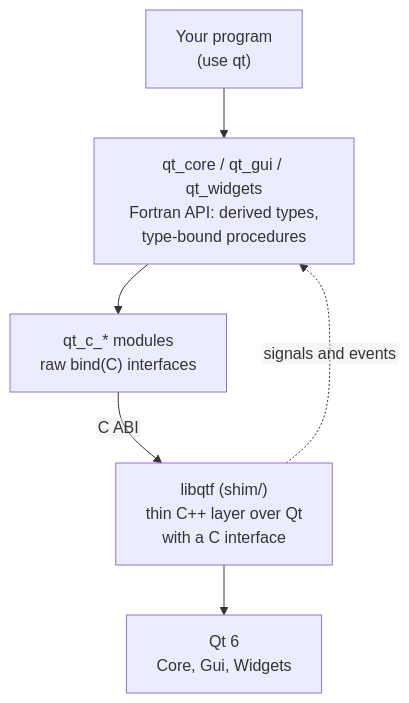
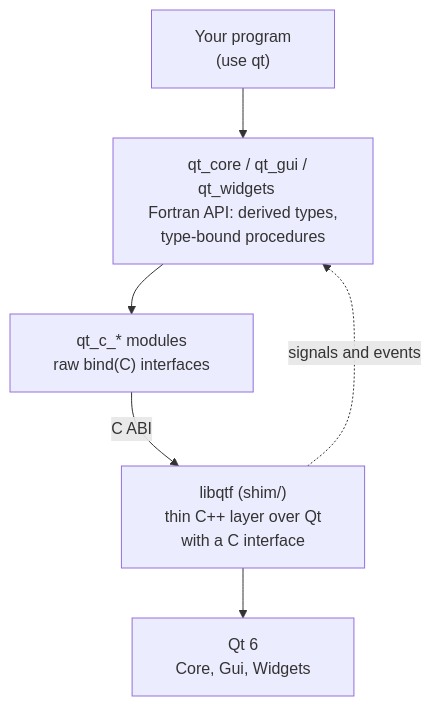
Before and after one commit to jacobwilliams/qt-fortran: the diagram in README.md, drawn with Mermaid.

Commit message:
how about this?

````diff
--- a/README.md
+++ b/README.md
@@ -200,14 +200,14 @@
 ```mermaid
-%%{init: {"flowchart": {"htmlLabels": false}}}%%
+%%{init: {"themeVariables": {"fontFamily": "Arial, Helvetica, sans-serif"}}}%%
 flowchart TD
-    app["Your program<br/>(use qt)"]
-    api["qt_core / qt_gui / qt_widgets<br/>Fortran API: derived types,<br/>type-bound procedures"]
-    raw["qt_c_* modules<br/>raw bind(C) interfaces"]
-    shim["libqtf (shim/)<br/>thin C++ layer over Qt<br/>with a C interface"]
-    qt["Qt 6<br/>Core, Gui, Widgets"]
+    app["&nbsp;&nbsp;&nbsp;Your program&nbsp;&nbsp;&nbsp;<br/>(use qt)"]
+    api["&nbsp;&nbsp;&nbsp;qt_core / qt_gui / qt_widgets&nbsp;&nbsp;&nbsp;<br/>Fortran API: derived types,<br/>type-bound procedures"]
+    raw["qt_c_* modules<br/>&nbsp;&nbsp;&nbsp;raw bind(C) interfaces&nbsp;&nbsp;&nbsp;"]
+    shim["libqtf (shim/)<br/>&nbsp;&nbsp;&nbsp;thin C++ layer over Qt&nbsp;&nbsp;&nbsp;<br/>with a C interface"]
+    qt["Qt 6<br/>&nbsp;&nbsp;&nbsp;Core, Gui, Widgets&nbsp;&nbsp;&nbsp;"]
 
     app --> api --> raw
     raw -- C ABI --> shim
     shim --> qt
     shim -. signals and events .-> api
 ```
````
